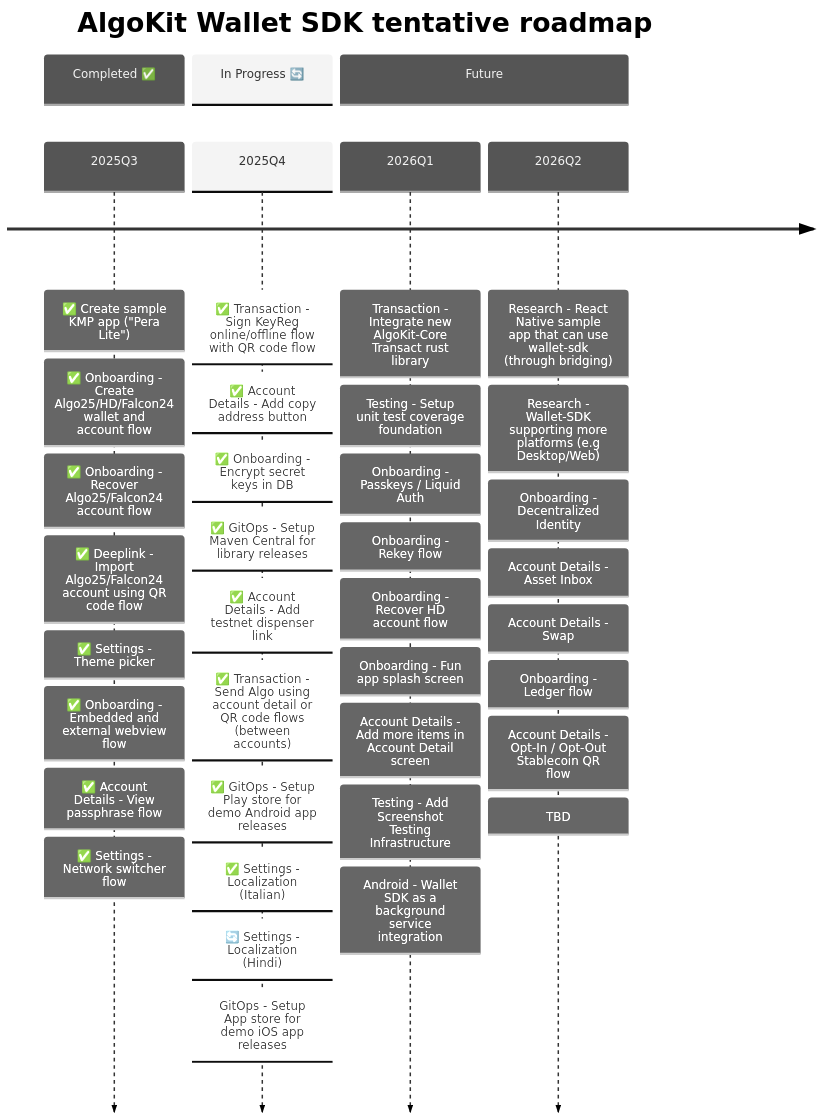
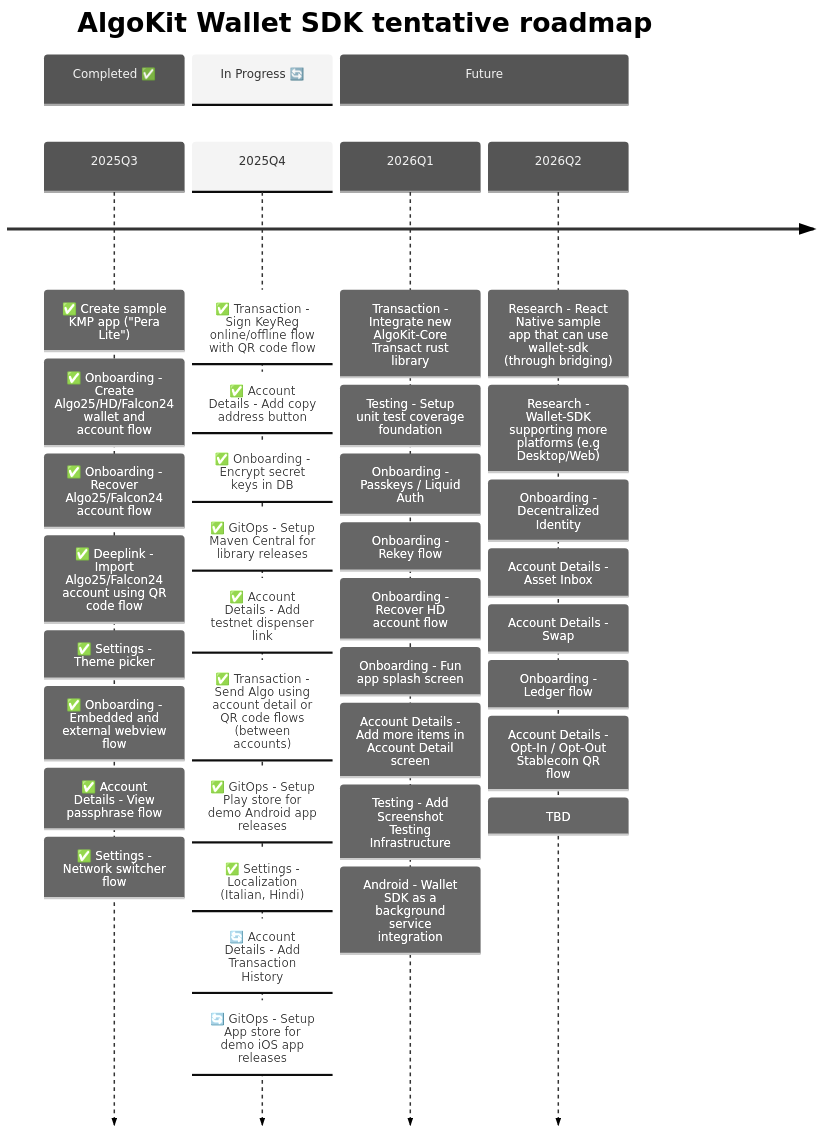
One commit to michaeltchuang/algokit-walletsdk-kmp changed the second of 3 diagrams in README.md. Above: the diagram before and after it, drawn with Mermaid. The commit also changed 13 other files, not shown here.

````diff
--- a/README.md
+++ b/README.md
@@ -67,49 +67,50 @@
 ```mermaid
 ---
 config:
   theme: 'neutral'
 ---
 timeline
     title AlgoKit Wallet SDK tentative roadmap
 
     section Completed ✅
     2025Q3  : ✅ Create sample KMP app ("Pera Lite")
             : ✅ Onboarding - Create Algo25/HD/Falcon24 wallet and account flow
             : ✅ Onboarding - Recover Algo25/Falcon24 account flow
             : ✅ Deeplink - Import Algo25/Falcon24 account using QR code flow
             : ✅ Settings - Theme picker
             : ✅ Onboarding - Embedded and external webview flow
             : ✅ Account Details - View passphrase flow
             : ✅ Settings - Network switcher flow
 
     section In Progress 🔄
     2025Q4  : ✅ Transaction - Sign KeyReg online/offline flow with QR code flow
             : ✅ Account Details - Add copy address button
             : ✅ Onboarding - Encrypt secret keys in DB
             : ✅ GitOps - Setup Maven Central for library releases
             : ✅ Account Details - Add testnet dispenser link
             : ✅ Transaction - Send Algo using account detail or QR code flows (between accounts)
             : ✅ GitOps - Setup Play store for demo Android app releases
-            : ✅ Settings - Localization (Italian)
-            : 🔄 Settings - Localization (Hindi)
-            : GitOps - Setup App store for demo iOS app releases
+            : ✅ Settings - Localization (Italian, Hindi)
+            : 🔄 Account Details - Add Transaction History
+            : 🔄 GitOps - Setup App store for demo iOS app releases
+
 
     section Future
     2026Q1  : Transaction - Integrate new AlgoKit-Core Transact rust library
             : Testing - Setup unit test coverage foundation
             : Onboarding - Passkeys / Liquid Auth
             : Onboarding - Rekey flow
             : Onboarding - Recover HD account flow
             : Onboarding - Fun app splash screen
             : Account Details - Add more items in Account Detail screen
             : Testing - Add Screenshot Testing Infrastructure
             : Android - Wallet SDK as a background service integration
     2026Q2  : Research - React Native sample app that can use wallet-sdk (through bridging)
             : Research - Wallet-SDK supporting more platforms (e.g Desktop/Web)
             : Onboarding - Decentralized Identity
             : Account Details - Asset Inbox
             : Account Details - Swap
             : Onboarding - Ledger flow
             : Account Details - Opt-In / Opt-Out Stablecoin QR flow
             : TBD
 ```
````
